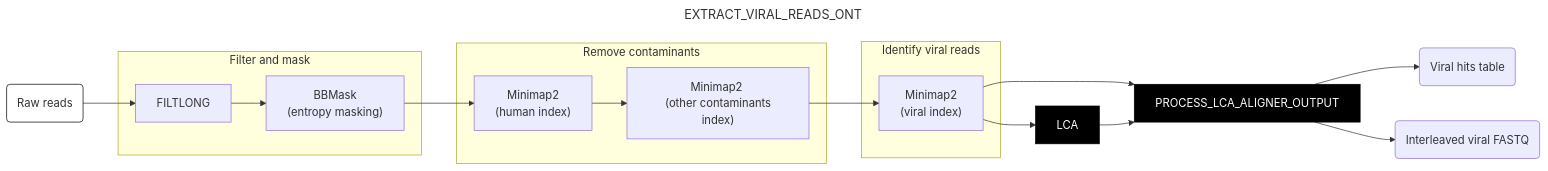
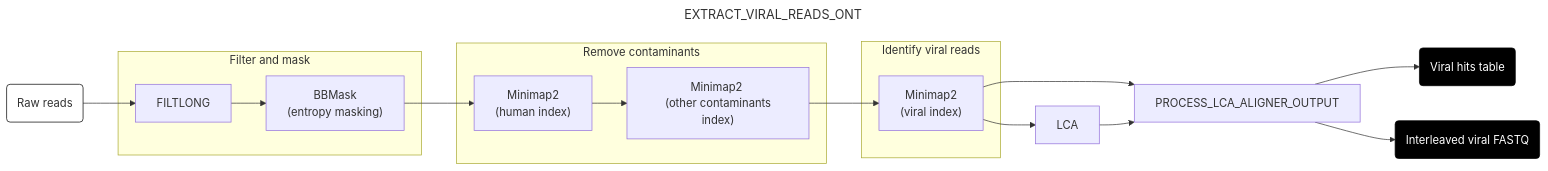
The seventh of 10 diagrams in docs/run.md (naobservatory/mgs-workflow), drawn with Mermaid before and after one commit. The commit also changed other lines of this file, not shown here.

````diff
--- a/docs/run.md
+++ b/docs/run.md
@@ -279,33 +278,33 @@
 ```mermaid
 ---
 title: EXTRACT_VIRAL_READS_ONT
 config:
   layout: horizontal
 ---
 flowchart LR
 A(Raw reads) --> B[FILTLONG]
 B --> C["BBMask <br> (entropy masking)"]
 C --> D["Minimap2 <br> (human index)"]
 D --> E["Minimap2 <br> (other contaminants index)"]
 E --> F["Minimap2 <br> (viral index)"]
 F --> G[LCA]
 F --> H
 G --> H[PROCESS_LCA_ALIGNER_OUTPUT]
 H --> I(Viral hits table)
 H --> J(Interleaved viral FASTQ)
 
 subgraph "Filter and mask"
 B
 C
 end
 subgraph "Remove contaminants"
 D
 E
 end
 subgraph "Identify viral reads"
 F
 end
 style A fill:#fff,stroke:#000
-style G fill:#000,color:#fff,stroke:#000
-style H fill:#000,color:#fff,stroke:#000
+style I fill:#000,color:#fff,stroke:#000
+style J fill:#000,color:#fff,stroke:#000
 ```
````
